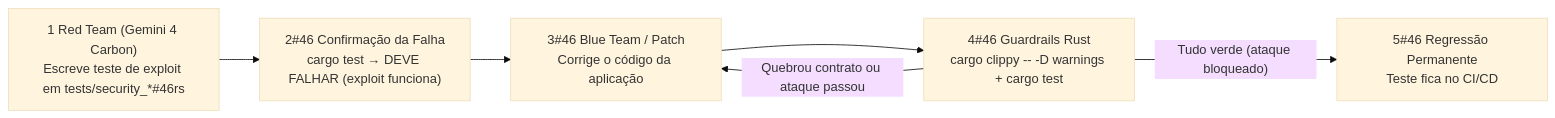
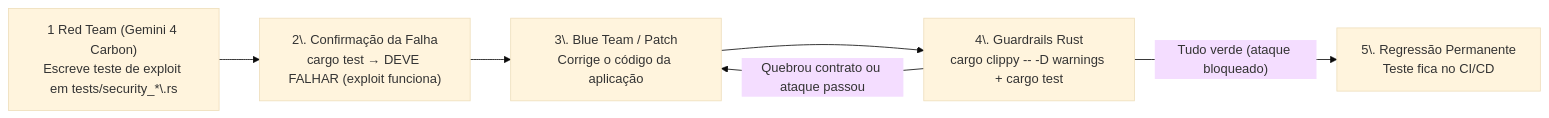
Before and after one commit to Wattrelos/Guia_desenvolvimento_software: the diagram in seguranca/pentest-gemini-carbon.md, drawn with Mermaid (base theme).

Commit message:
Corrigir (novamente) diagrama Mermaid

````diff
--- a/seguranca/pentest-gemini-carbon.md
+++ b/seguranca/pentest-gemini-carbon.md
@@ -97,8 +97,8 @@
 ```mermaid
 flowchart LR
-    A["1 Red Team (Gemini 4 Carbon)<br/>Escreve teste de exploit em tests/security_*#46rs"] --> B["2#46 Confirmação da Falha<br/>cargo test → DEVE FALHAR (exploit funciona)"]
-    B --> C["3#46 Blue Team / Patch<br/>Corrige o código da aplicação"]
-    C --> D["4#46 Guardrails Rust<br/>cargo clippy -- -D warnings + cargo test"]
+    A["1 Red Team (Gemini 4 Carbon)<br/>Escreve teste de exploit em tests/security_*\.rs"] --> B["2\. Confirmação da Falha<br/>cargo test → DEVE FALHAR (exploit funciona)"]
+    B --> C["3\. Blue Team / Patch<br/>Corrige o código da aplicação"]
+    C --> D["4\. Guardrails Rust<br/>cargo clippy -- -D warnings + cargo test"]
     D -->|"Quebrou contrato ou ataque passou"| C
-    D -->|"Tudo verde (ataque bloqueado)"| E["5#46 Regressão Permanente<br/>Teste fica no CI/CD"]
+    D -->|"Tudo verde (ataque bloqueado)"| E["5\. Regressão Permanente<br/>Teste fica no CI/CD"]
 ```
````
